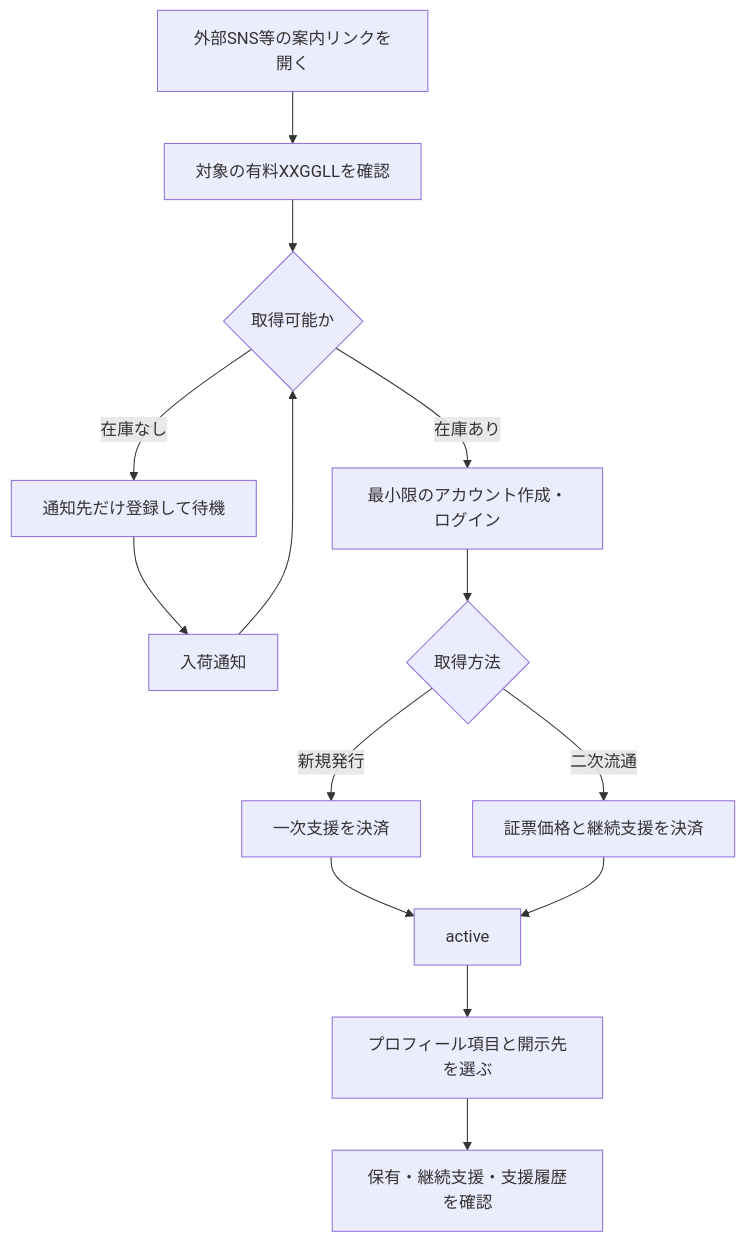
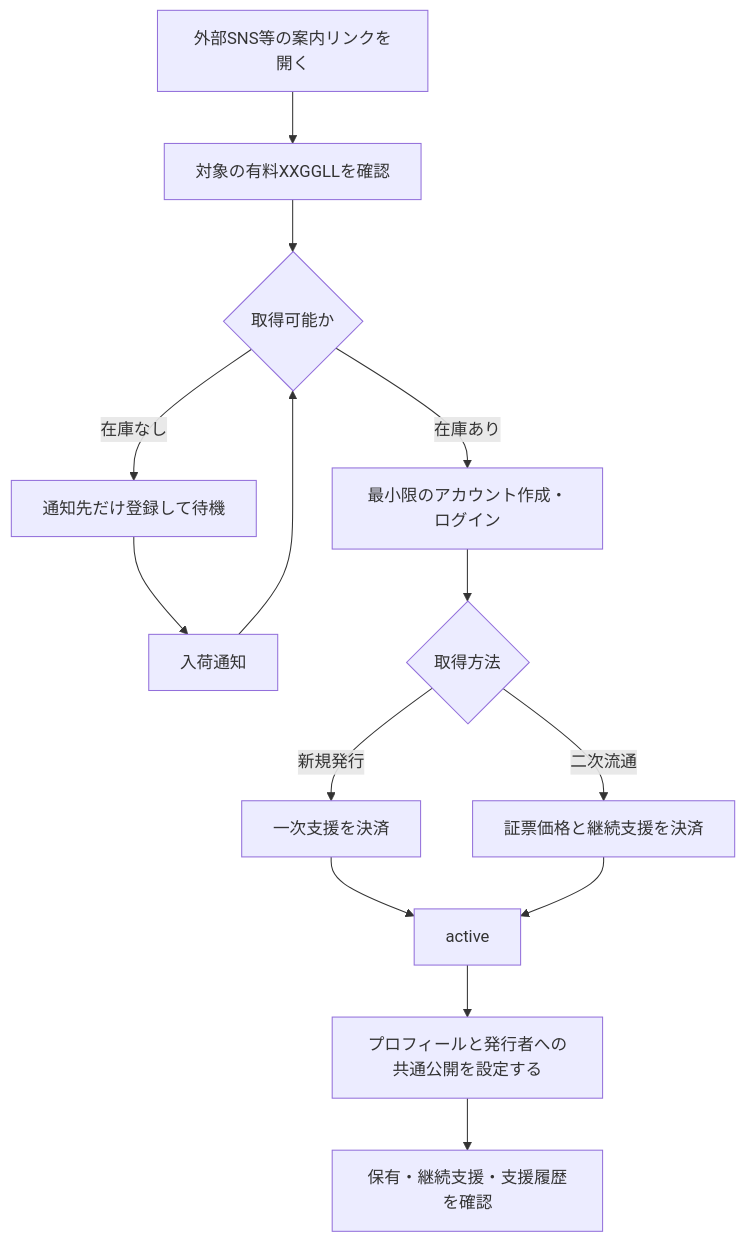
Before and after one commit to odokura/odokura-hp: the diagram in docs/apps/XXGGLL/concept/general/relationship-general.md, drawn with Mermaid. The commit also changed other lines of this file and 22 other files, not shown here.

````diff
--- a/docs/apps/XXGGLL/concept/general/relationship-general.md
+++ b/docs/apps/XXGGLL/concept/general/relationship-general.md
@@ -22,16 +22,16 @@
 ```mermaid
 flowchart TB
     discover[外部SNS等の案内リンクを開く] --> offer[対象の有料XXGGLLを確認]
     offer --> inventory{取得可能か}
     inventory -->|在庫なし| wait[通知先だけ登録して待機]
     wait --> notice[入荷通知]
     notice --> inventory
     inventory -->|在庫あり| account[最小限のアカウント作成・ログイン]
     account --> route{取得方法}
     route -->|新規発行| primary[一次支援を決済]
     route -->|二次流通| secondary[証票価格と継続支援を決済]
     primary --> active
     secondary --> active
-    active --> profile[プロフィール項目と開示先を選ぶ]
+    active --> profile[プロフィールと発行者への共通公開を設定する]
     profile --> continue[保有・継続支援・支援履歴を確認]
 ```
````
